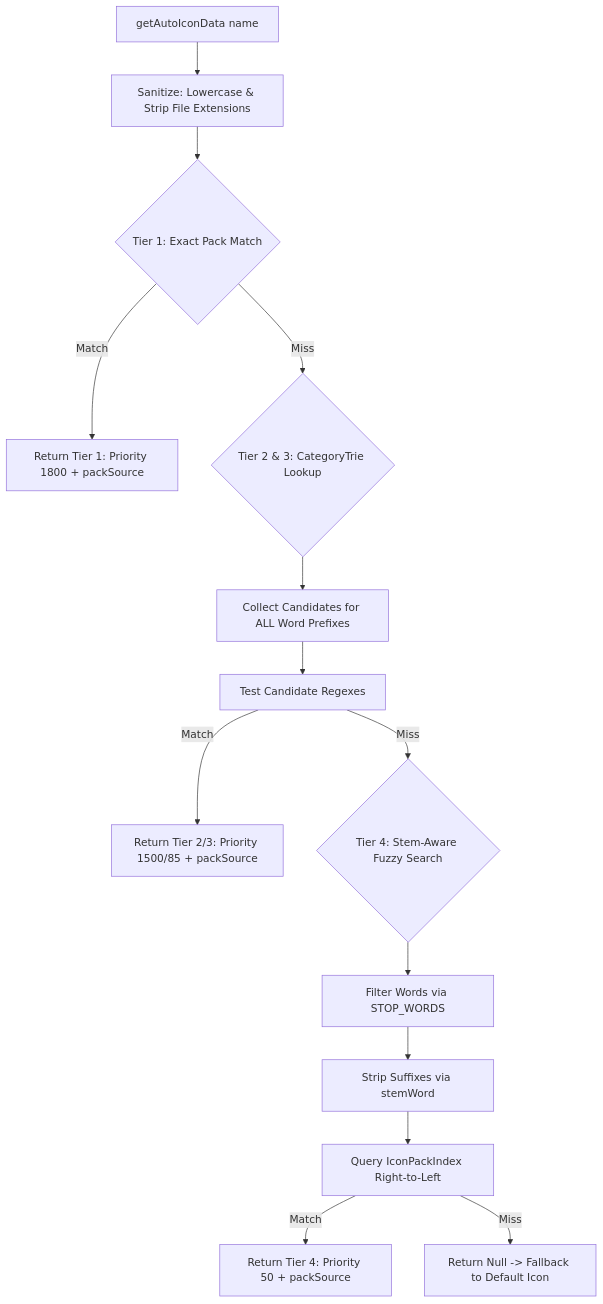
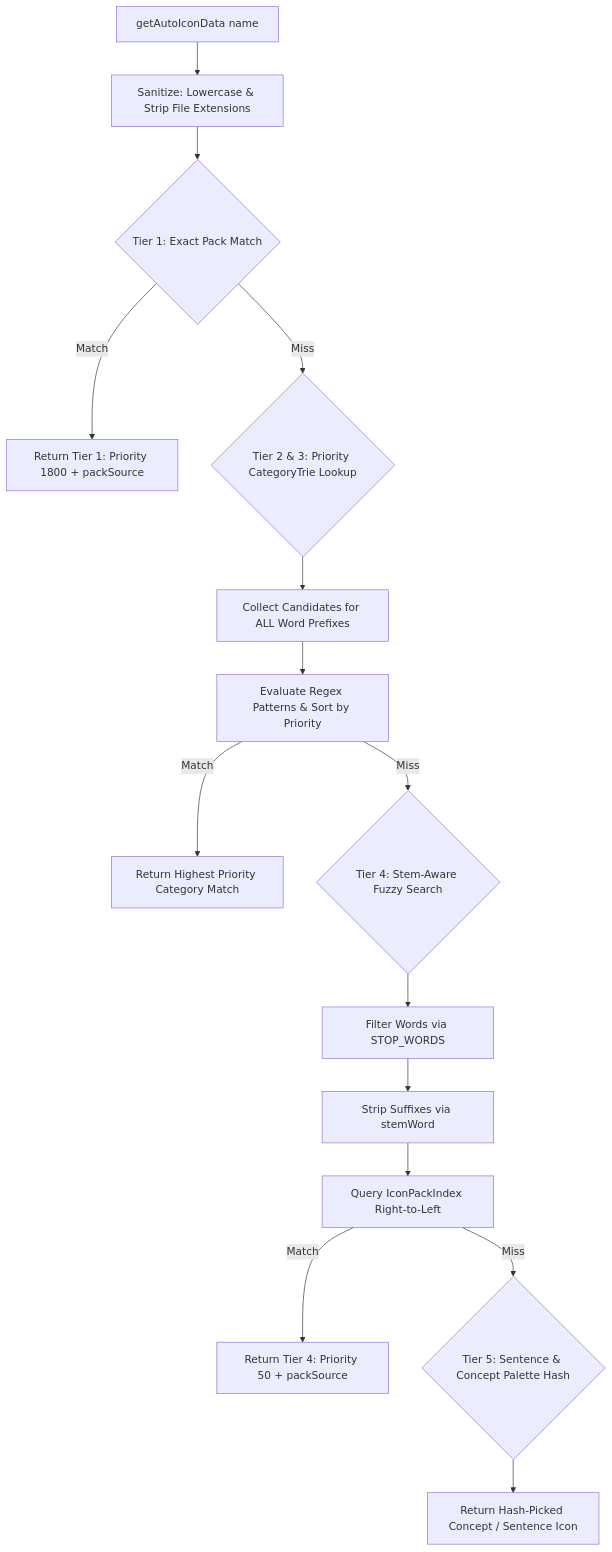
Before and after one commit to RohitNahar-Offical/colorful-folders-obsidian: the fourth of 6 diagrams in docs/ARCHITECTURE.md, drawn with Mermaid. The commit also changed other lines of this file and 78 other files, not shown here.

````diff
--- a/docs/ARCHITECTURE.md
+++ b/docs/ARCHITECTURE.md
@@ -138,16 +162,17 @@
 ```mermaid
 graph TD
     A[getAutoIconData name] --> B[Sanitize: Lowercase & Strip File Extensions]
     B --> C{Tier 1: Exact Pack Match}
     C -- Match --> Z1[Return Tier 1: Priority 1800 + packSource]
-    C -- Miss --> D{Tier 2 & 3: CategoryTrie Lookup}
+    C -- Miss --> D{Tier 2 & 3: Priority CategoryTrie Lookup}
     D --> E[Collect Candidates for ALL Word Prefixes]
-    E --> F[Test Candidate Regexes]
-    F -- Match --> Z2[Return Tier 2/3: Priority 1500/85 + packSource]
+    E --> F[Evaluate Regex Patterns & Sort by Priority]
+    F -- Match --> Z2[Return Highest Priority Category Match]
     F -- Miss --> G{Tier 4: Stem-Aware Fuzzy Search}
     G --> H[Filter Words via STOP_WORDS]
     H --> I[Strip Suffixes via stemWord]
     I --> J[Query IconPackIndex Right-to-Left]
     J -- Match --> Z3[Return Tier 4: Priority 50 + packSource]
-    J -- Miss --> Z4[Return Null -> Fallback to Default Icon]
+    J -- Miss --> K{Tier 5: Sentence & Concept Palette Hash}
+    K --> Z4[Return Hash-Picked Concept / Sentence Icon]
 ```
````
